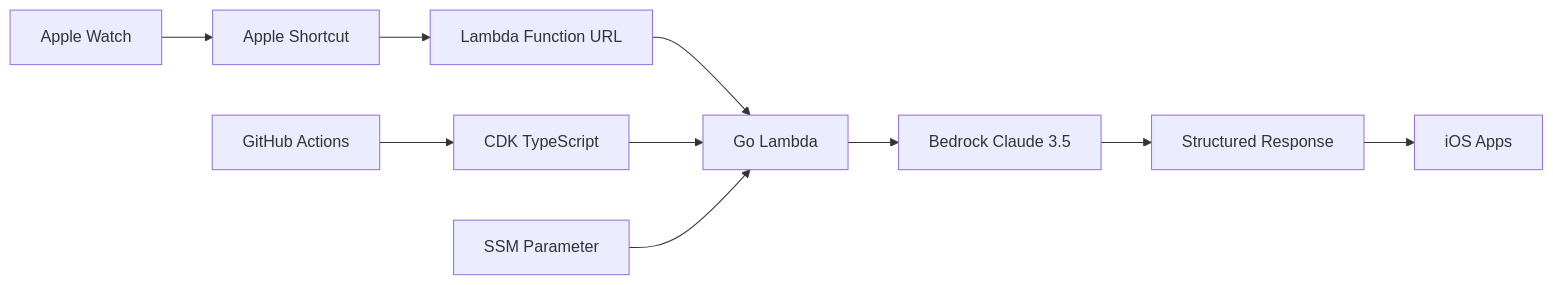
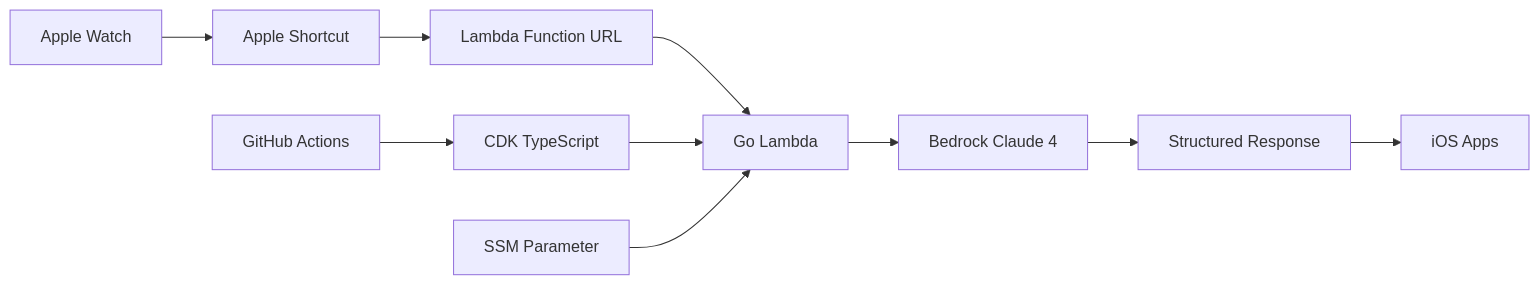
Before and after one commit to Stealinglight/wrist-agent: the diagram in README.md, drawn with Mermaid. The commit also changed other lines of this file and 9 other files, not shown here.

Commit message:
feat: Update Bedrock integration to support Claude Sonnet 4

````diff
--- a/README.md
+++ b/README.md
@@ -23,13 +23,13 @@
 ```mermaid
 graph LR
     A[Apple Watch] --> B[Apple Shortcut]
     B --> C[Lambda Function URL]
     C --> D[Go Lambda]
-    D --> E[Bedrock Claude 3.5]
+    D --> E[Bedrock Claude 4]
     E --> F[Structured Response]
     F --> G[iOS Apps]
 
     H[CDK TypeScript] --> D
     I[GitHub Actions] --> H
     J[SSM Parameter] --> D
 ```
````
